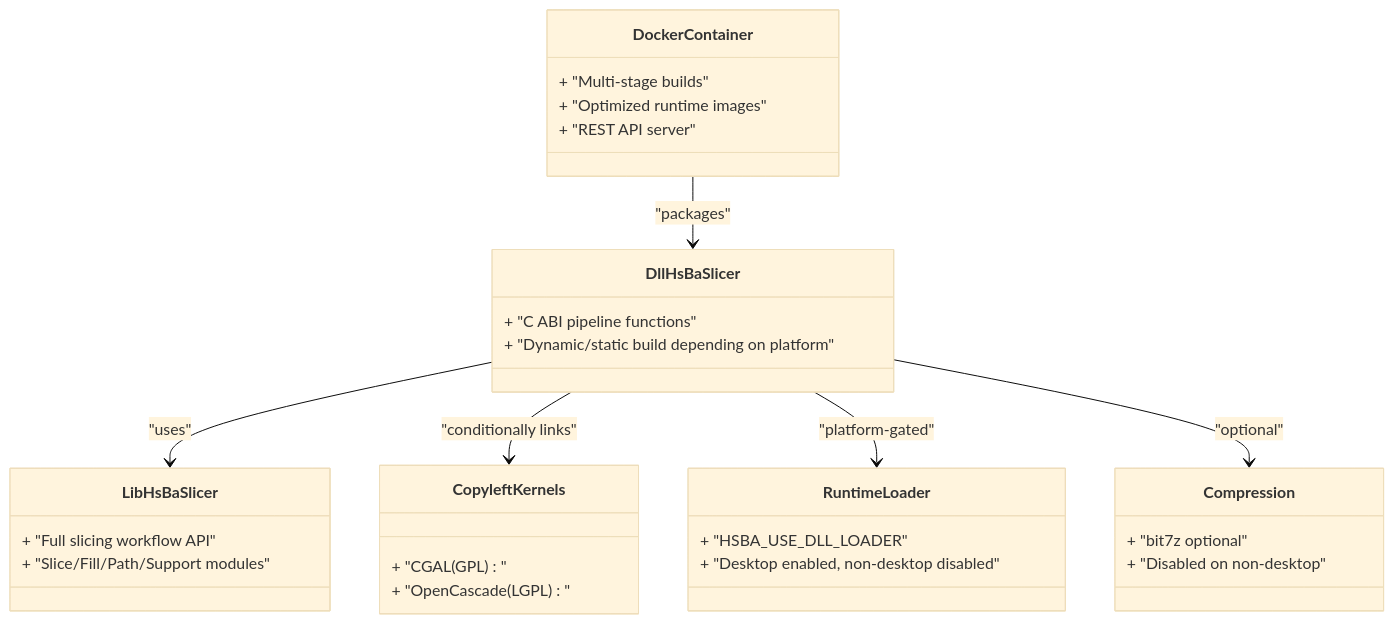
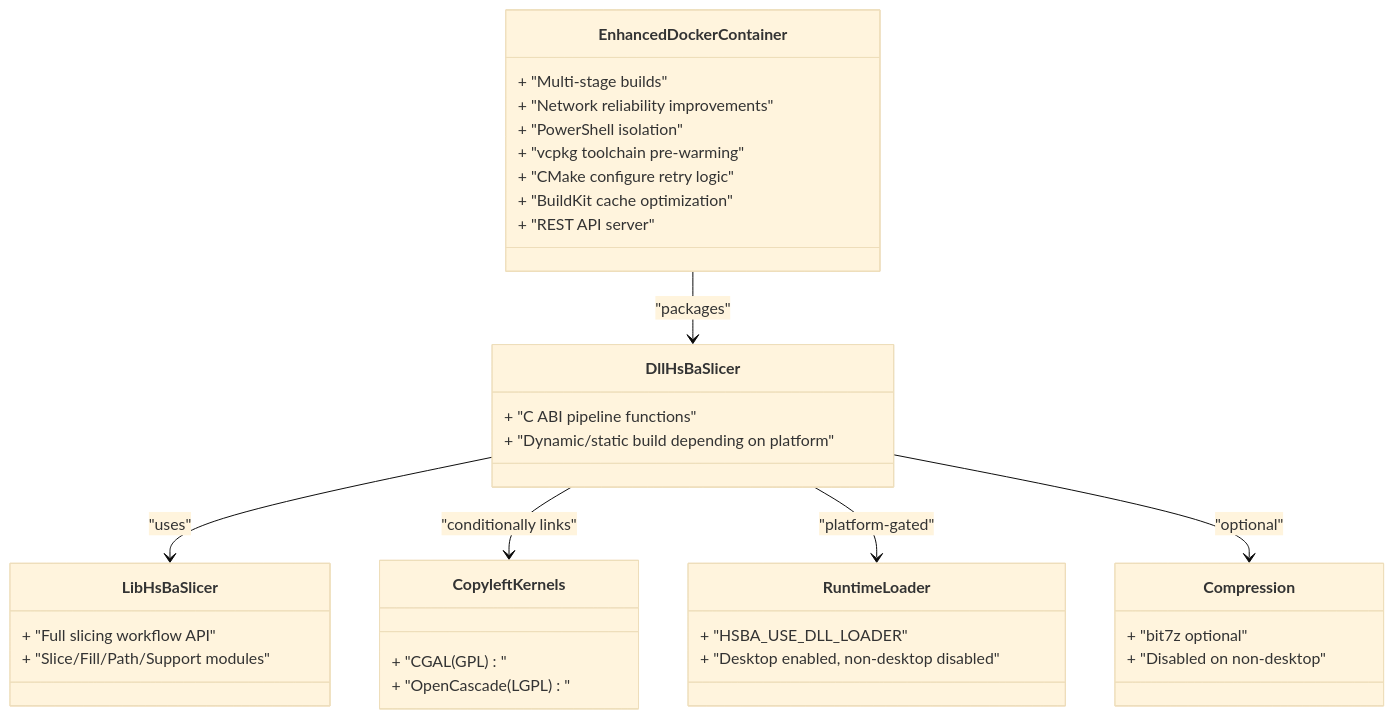
One commit to hsmbanlance/HsBaSlicer changed the second of 9 diagrams in .qoder/repowiki/en/content/Deployment Troubleshooting & FAQ.md. Above: the diagram before and after it, drawn with Mermaid (base theme). The commit also changed other lines of this file and 66 other files, not shown here.

````diff
--- a/.qoder/repowiki/en/content/Deployment Troubleshooting & FAQ.md
+++ b/.qoder/repowiki/en/content/Deployment Troubleshooting & FAQ.md
@@ -100,33 +101,37 @@
 ```mermaid
 classDiagram
 class DllHsBaSlicer {
 + "C ABI pipeline functions"
 + "Dynamic/static build depending on platform"
 }
 class LibHsBaSlicer {
 + "Full slicing workflow API"
 + "Slice/Fill/Path/Support modules"
 }
 class CopyleftKernels {
 + "CGAL (GPL)"
 + "OpenCascade (LGPL)"
 }
 class RuntimeLoader {
 + "HSBA_USE_DLL_LOADER"
 + "Desktop enabled, non-desktop disabled"
 }
 class Compression {
 + "bit7z optional"
 + "Disabled on non-desktop"
 }
-class DockerContainer {
+class EnhancedDockerContainer {
 + "Multi-stage builds"
-+ "Optimized runtime images"
++ "Network reliability improvements"
++ "PowerShell isolation"
++ "vcpkg toolchain pre-warming"
++ "CMake configure retry logic"
++ "BuildKit cache optimization"
 + "REST API server"
 }
 DllHsBaSlicer --> LibHsBaSlicer : "uses"
 DllHsBaSlicer --> CopyleftKernels : "conditionally links"
 DllHsBaSlicer --> RuntimeLoader : "platform-gated"
 DllHsBaSlicer --> Compression : "optional"
-DockerContainer --> DllHsBaSlicer : "packages"
+EnhancedDockerContainer --> DllHsBaSlicer : "packages"
 ```
````
